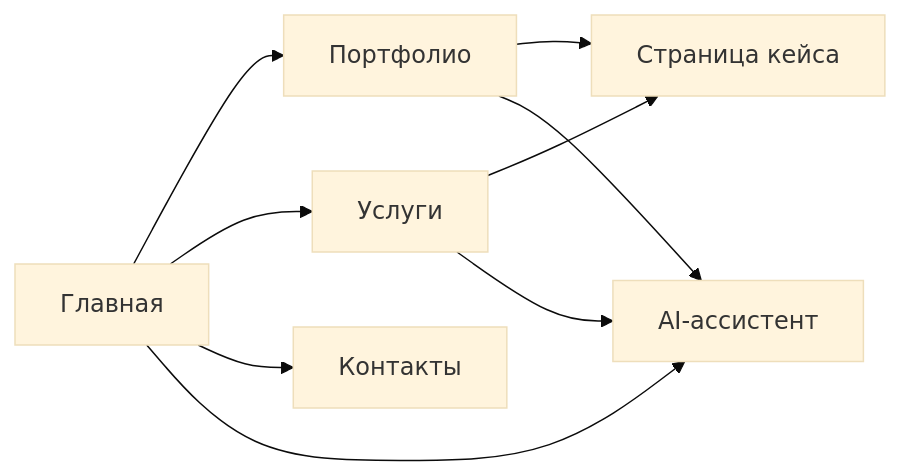
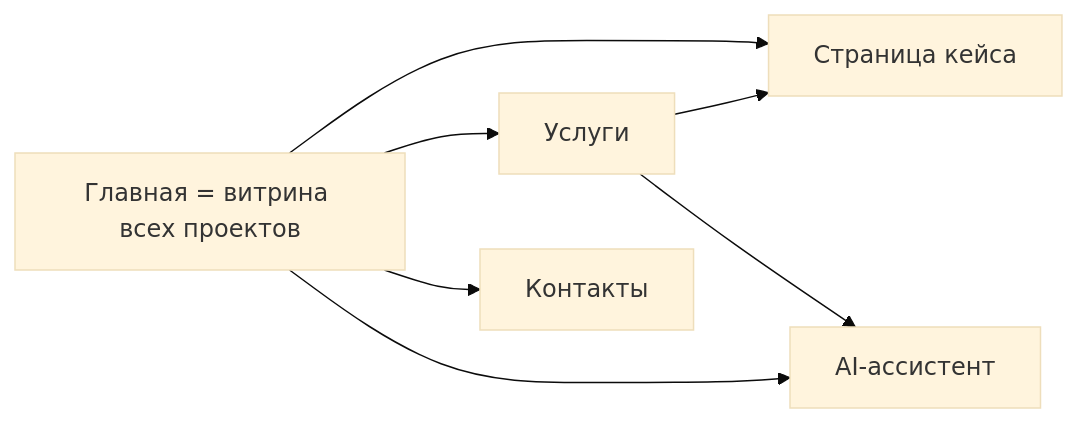
The second of 2 diagrams in docs/SPEC.md (AlexLvGulyaev/AI-Portfolio), drawn with Mermaid (base theme) before and after one commit. The commit also changed other lines of this file and 16 other files, not shown here.

````diff
--- a/docs/SPEC.md
+++ b/docs/SPEC.md
@@ -195,13 +223,11 @@
 ```mermaid
 flowchart LR
-    Home[Главная] --> Portfolio[Портфолио]
+    Home[Главная = витрина всех проектов] --> CaseDetail[Страница кейса]
     Home --> Services[Услуги]
     Home --> Contacts[Контакты]
-    
-    Portfolio --> CaseDetail[Страница кейса]
+
     Services --> CaseDetail
-    
+
     Home --> AIAssistant[AI-ассистент]
-    Portfolio --> AIAssistant
     Services --> AIAssistant
 ```
````
